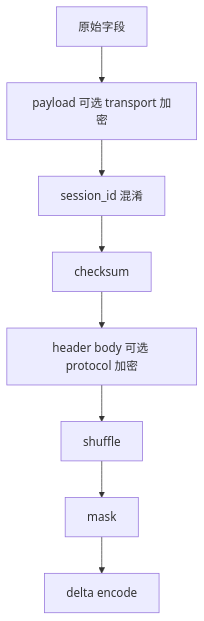
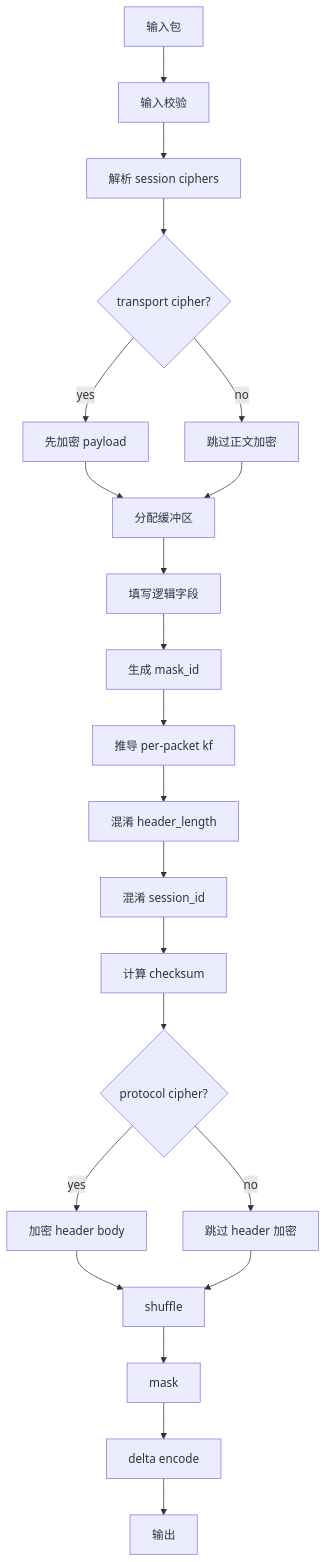
Before and after one commit to HyacinthHaru/openppp2: the fourth of 4 diagrams in docs/PACKET_FORMATS_CN.md, drawn with Mermaid. The commit also changed other lines of this file and 38 other files, not shown here.

````diff
--- a/docs/PACKET_FORMATS_CN.md
+++ b/docs/PACKET_FORMATS_CN.md
@@ -193,10 +268,24 @@
 ```mermaid
 flowchart TD
-    A[原始字段] --> B[payload 可选 transport 加密]
-    B --> C[session_id 混淆]
-    C --> D[checksum]
-    D --> E[header body 可选 protocol 加密]
-    E --> F[shuffle]
-    F --> G[mask]
-    G --> H[delta encode]
+    A[输入包] --> B[输入校验]
+    B --> C[解析 session ciphers]
+    C --> D{transport cipher?}
+    D -->|yes| E[先加密 payload]
+    D -->|no| F[跳过正文加密]
+    E --> G
+    F --> G
+    G[分配缓冲区] --> H[填写逻辑字段]
+    H --> I[生成 mask_id]
+    I --> J[推导 per-packet kf]
+    J --> K[混淆 header_length]
+    K --> L[混淆 session_id]
+    L --> M[计算 checksum]
+    M --> N{protocol cipher?}
+    N -->|yes| O[加密 header body]
+    N -->|no| P[跳过 header 加密]
+    O --> Q
+    P --> Q
+    Q[shuffle] --> R[mask]
+    R --> S[delta encode]
+    S --> T[输出]
 ```
````
